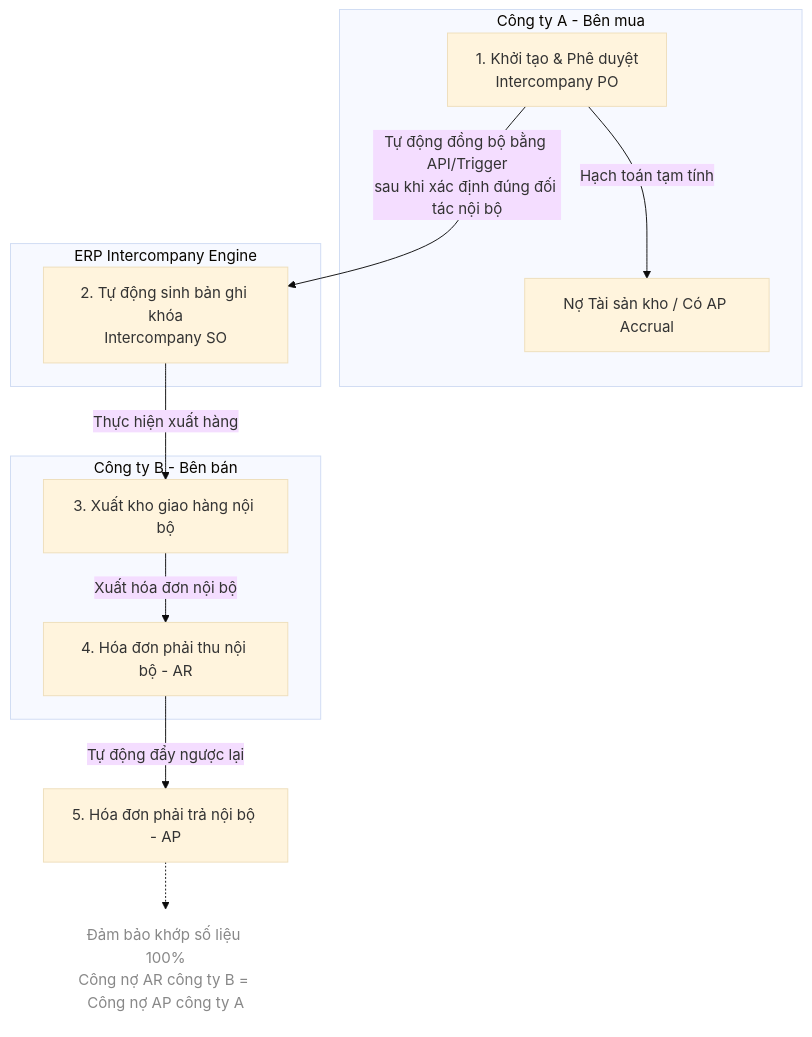
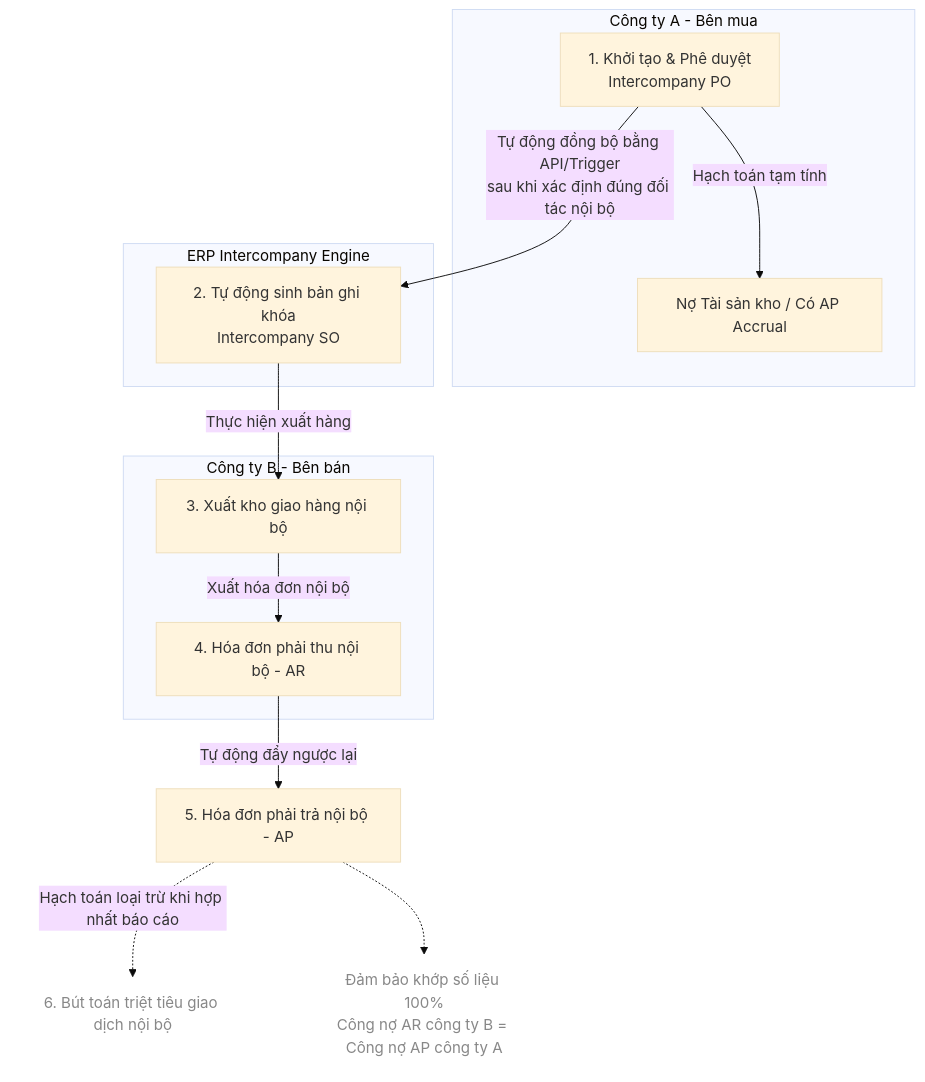
One commit to thanvanhai/thanvanhai.github.io changed the diagram in docs/erp-nghiep-vu/1-chuoi-cung-ung/po-mua-hang/6020-quan-ly-don-mua-hang-noi-bo-giua-cac-phap-nhan.md. Above: the diagram before and after it, drawn with Mermaid (base theme). The commit also changed other lines of this file and 3 other files, not shown here.

Commit message:
docs: fix nội dung bài viết bổ sung index kế toán

````diff
--- a/docs/erp-nghiep-vu/1-chuoi-cung-ung/po-mua-hang/6020-quan-ly-don-mua-hang-noi-bo-giua-cac-phap-nhan.md
+++ b/docs/erp-nghiep-vu/1-chuoi-cung-ung/po-mua-hang/6020-quan-ly-don-mua-hang-noi-bo-giua-cac-phap-nhan.md
@@ -79,22 +81,25 @@
 ```mermaid
 flowchart TD
     subgraph BUYER["Công ty A - Bên mua"]
         PO["1. Khởi tạo & Phê duyệt<br/>Intercompany PO"] -->|"Hạch toán tạm tính"| AP_ACC["Nợ Tài sản kho / Có AP Accrual"]
     end
 
     subgraph SYSTEM_ENGINE["ERP Intercompany Engine"]
         PO -->|"Tự động đồng bộ bằng API/Trigger<br/>sau khi xác định đúng đối tác nội bộ"| SO["2. Tự động sinh bản ghi khóa<br/>Intercompany SO"]
     end
 
     subgraph SELLER["Công ty B - Bên bán"]
         SO -->|"Thực hiện xuất hàng"| SHIP["3. Xuất kho giao hàng nội bộ"]
         SHIP -->|"Xuất hóa đơn nội bộ"| AR_INV["4. Hóa đơn phải thu nội bộ - AR"]
     end
 
     AR_INV -->|"Tự động đẩy ngược lại"| AP_INV["5. Hóa đơn phải trả nội bộ - AP"]
 
+    AP_INV -.->|"Hạch toán loại trừ khi hợp nhất báo cáo"| ELIM["6. Bút toán triệt tiêu giao dịch nội bộ"]
+
     N1["Đảm bảo khớp số liệu 100%<br/>Công nợ AR công ty B = Công nợ AP công ty A"]
     AP_INV -.-> N1
 
     style N1 fill:none,stroke:none,color:#888
+    style ELIM fill:none,stroke:none,color:#888
 ```
````
